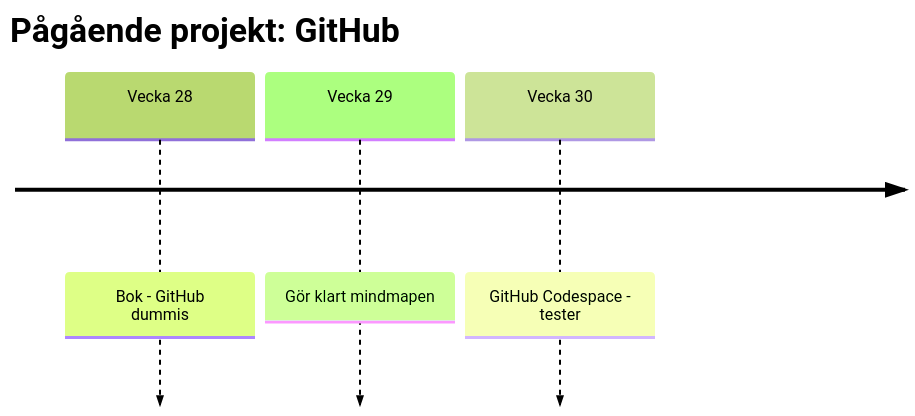
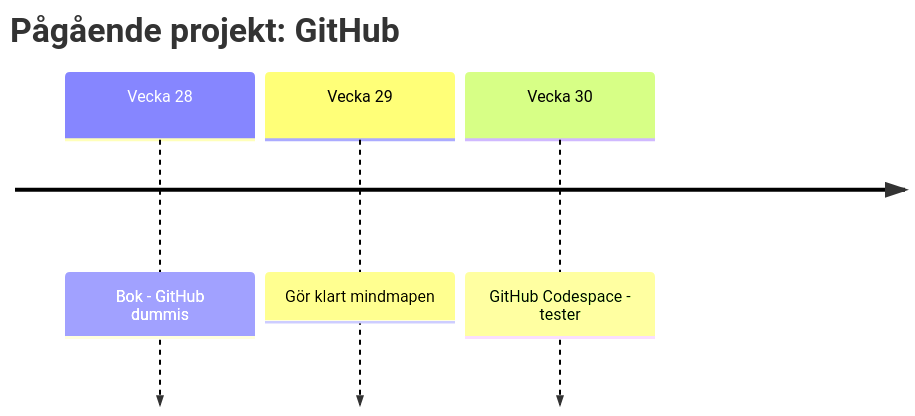
Before and after one commit to steble70/scriptlab: the diagram in README.md, drawn with Mermaid. The commit also changed other lines of this file, not shown here.

````diff
--- a/README.md
+++ b/README.md
@@ -17,8 +10,7 @@
 ```mermaid
-%%{init: {'theme':'forest'}}%%
 timeline
     title Pågående projekt: GitHub
     Vecka 28 : Bok - GitHub dummis
     Vecka 29 : Gör klart mindmapen
     Vecka 30 : GitHub Codespace - tester
 ```
````
